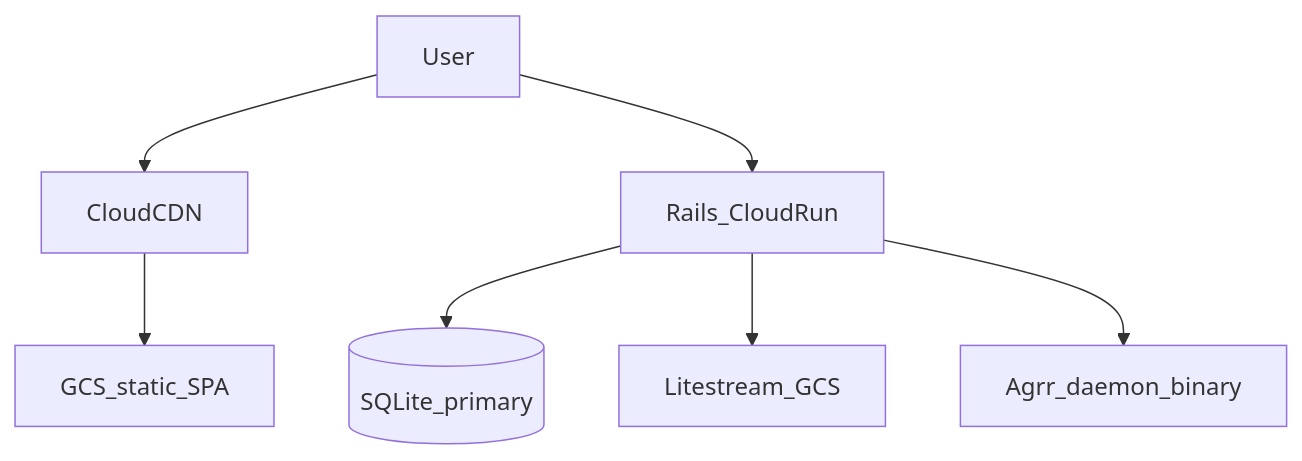
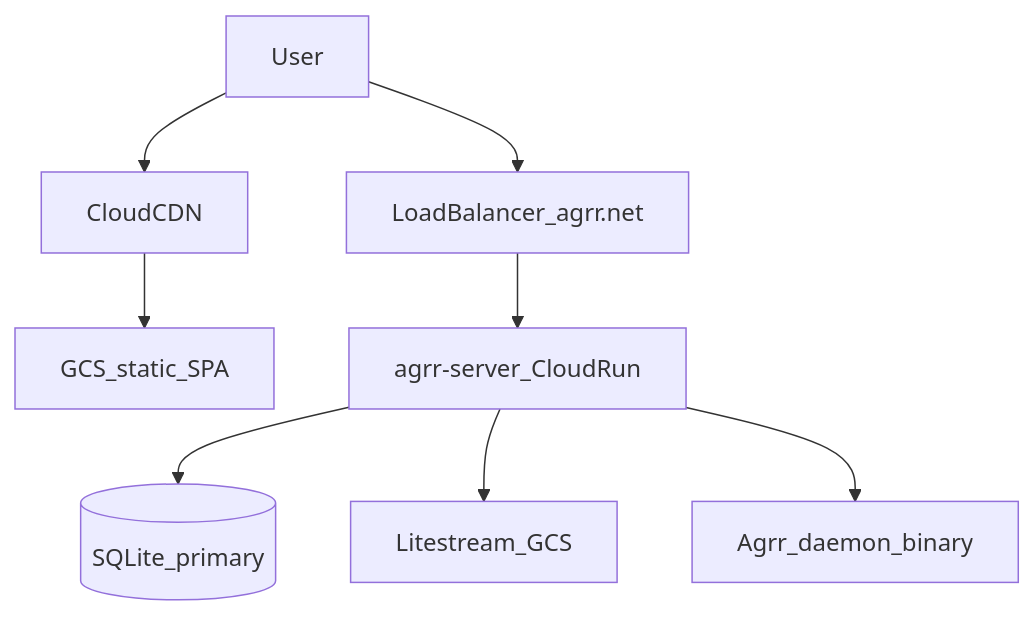
Before and after one commit to rick-chick/agrr: the first of 8 diagrams in ARCHITECTURE.md, drawn with Mermaid. The commit also changed other lines of this file and 9 other files, not shown here.

````diff
--- a/ARCHITECTURE.md
+++ b/ARCHITECTURE.md
@@ -28,9 +30,10 @@
 ```mermaid
 flowchart TD
   User[User] --> CDN[CloudCDN]
   CDN --> GCS[GCS_static_SPA]
-  User --> CloudRun[Rails_CloudRun]
+  User --> LB[LoadBalancer_agrr.net]
+  LB --> CloudRun[agrr-server_CloudRun]
   CloudRun --> SQLite[(SQLite_primary)]
   CloudRun --> Litestream[Litestream_GCS]
   CloudRun --> AgrrDaemon[Agrr_daemon_binary]
 ```
````
